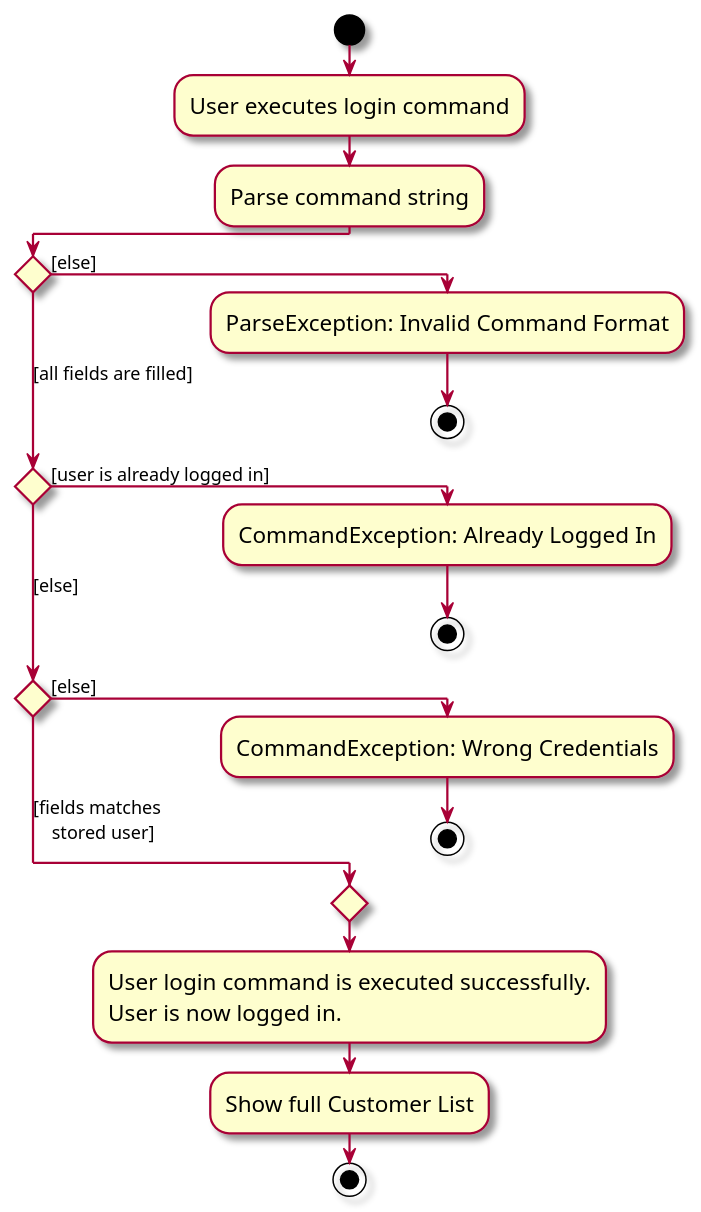
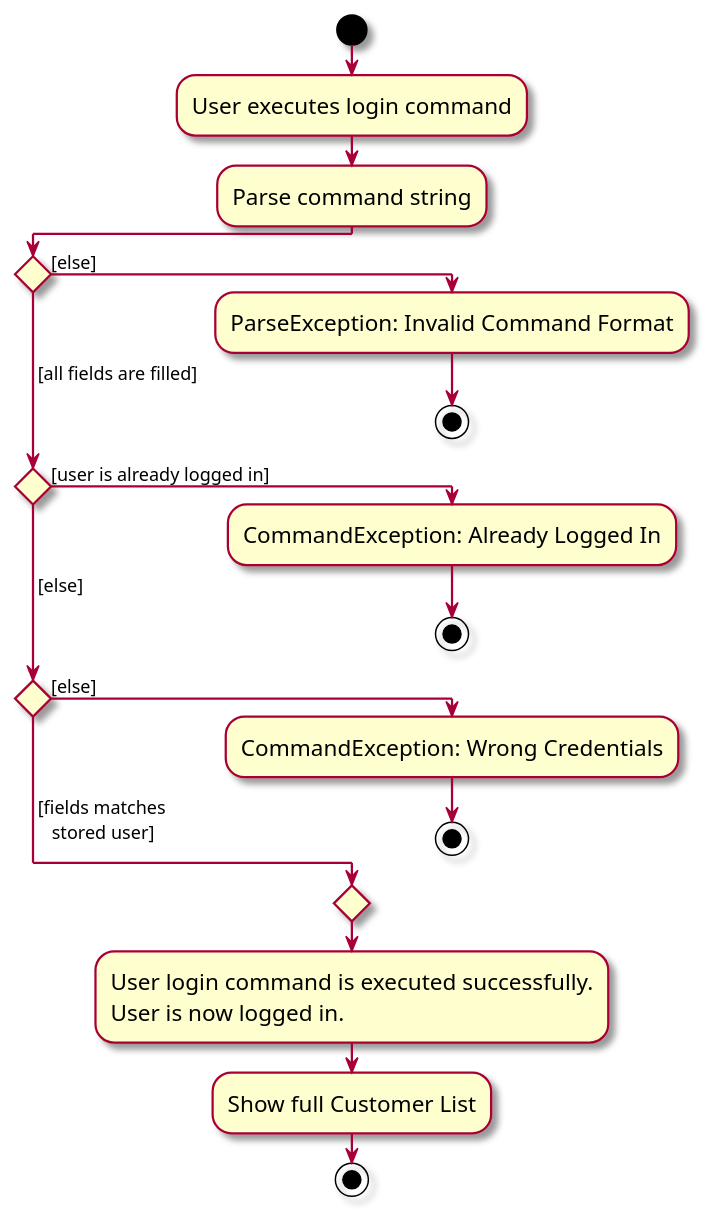
One commit to zhonghan721/tp changed the diagram in docs/diagrams/UserLoginActivityDiagram.puml. Above: the diagram before and after it, drawn with PlantUML. The commit also changed 4 other files, not shown here.

```diff
--- a/docs/diagrams/UserLoginActivityDiagram.puml
+++ b/docs/diagrams/UserLoginActivityDiagram.puml
@@ -1,28 +1,28 @@
 @startuml
 skin rose
 skinparam ActivityFontSize 15
 skinparam ArrowFontSize 12
 !pragma useVerticalIf on
 start
 :User executes login command;
 :Parse command string;
 
 if () then ([else])
     :ParseException: Invalid Command Format;
     stop
-([all fields are filled]) elseif () then ([user is already logged in])
+( [all fields are filled]) elseif () then ([user is already logged in])
     :CommandException: Already Logged In;
     stop
-([else]) elseif () then ([else])
+( [else]) elseif () then ([else])
     :CommandException: Wrong Credentials;
     stop
-else ([fields matches
+else ( [fields matches
     stored user])
 
 endif
 :User login command is executed successfully.
 User is now logged in.;
 :Show full Customer List;
 
 stop
 @enduml
```
